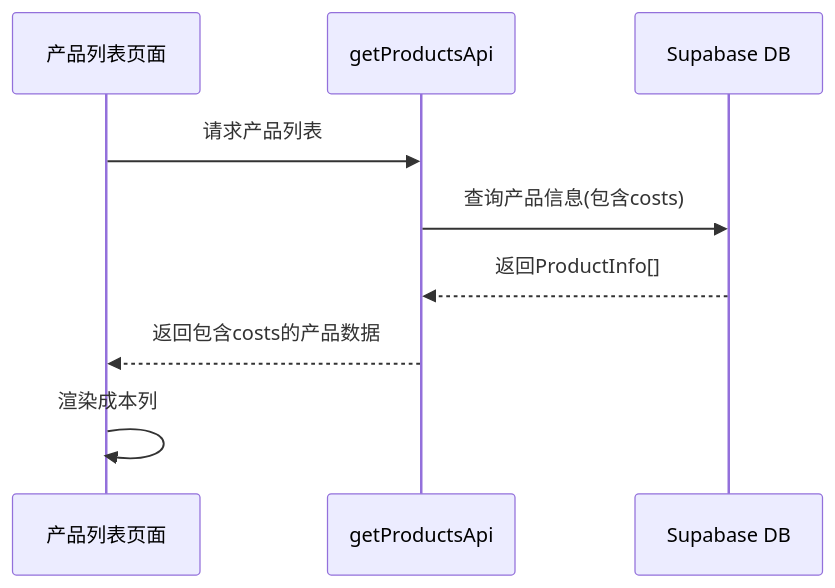
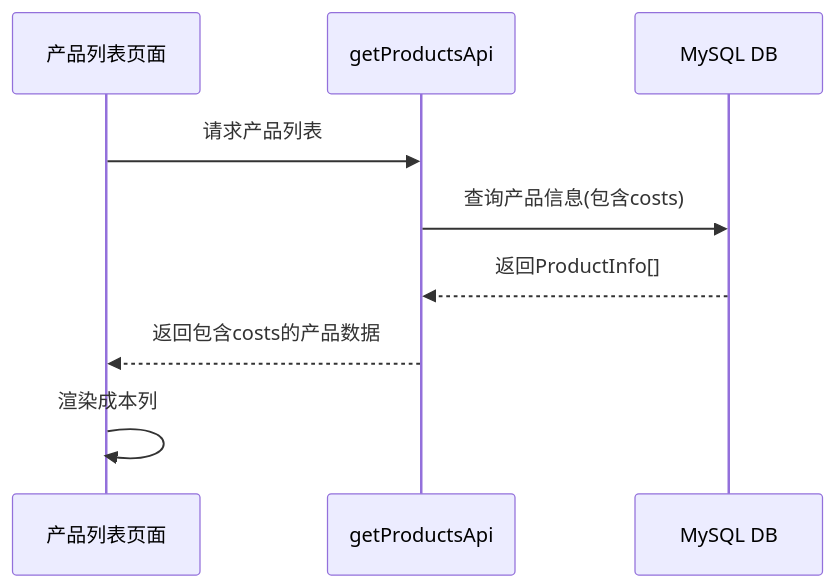
The third of 3 diagrams in docs/产品成本字段增加/DESIGN_产品成本字段增加.md (rn1024/easy-erp-web), drawn with Mermaid before and after one commit. The commit also changed 20 other files, not shown here.

````diff
--- a/docs/产品成本字段增加/DESIGN_产品成本字段增加.md
+++ b/docs/产品成本字段增加/DESIGN_产品成本字段增加.md
@@ -28,12 +28,12 @@
 ```mermaid
 sequenceDiagram
     participant UI as 产品列表页面
     participant API as getProductsApi
-    participant DB as Supabase DB
+    participant DB as MySQL DB
     
     UI->>API: 请求产品列表
     API->>DB: 查询产品信息(包含costs)
     DB-->>API: 返回ProductInfo[]
     API-->>UI: 返回包含costs的产品数据
     UI->>UI: 渲染成本列
 ```
````
